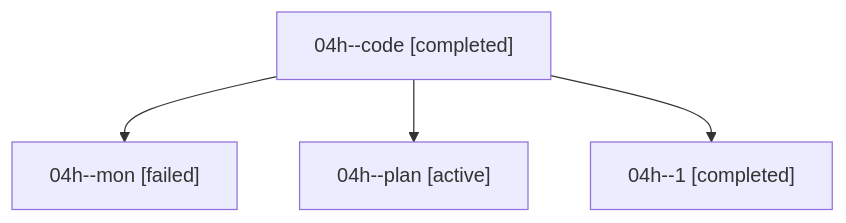
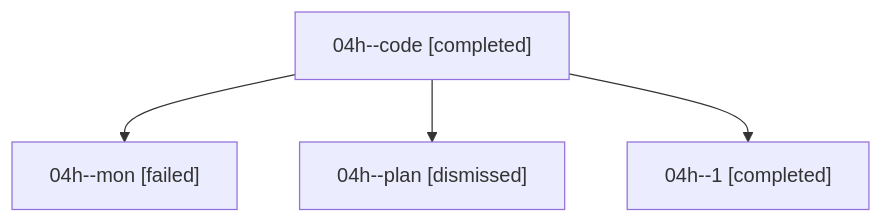
The diagram in sessions/bbugyi200.athena.04h.md (sase-org/sase--agents), drawn with Mermaid before and after one commit. The commit also changed other lines of this file and 22 other files, not shown here.

````diff
--- a/sessions/bbugyi200.athena.04h.md
+++ b/sessions/bbugyi200.athena.04h.md
@@ -9,10 +9,10 @@
 ```mermaid
 flowchart TD
   n0["04h--code [completed]"]
   n1["04h--mon [failed]"]
   n0 --> n1
-  n2["04h--plan [active]"]
+  n2["04h--plan [dismissed]"]
   n0 --> n2
   n3["04h--1 [completed]"]
   n0 --> n3
 ```
````
